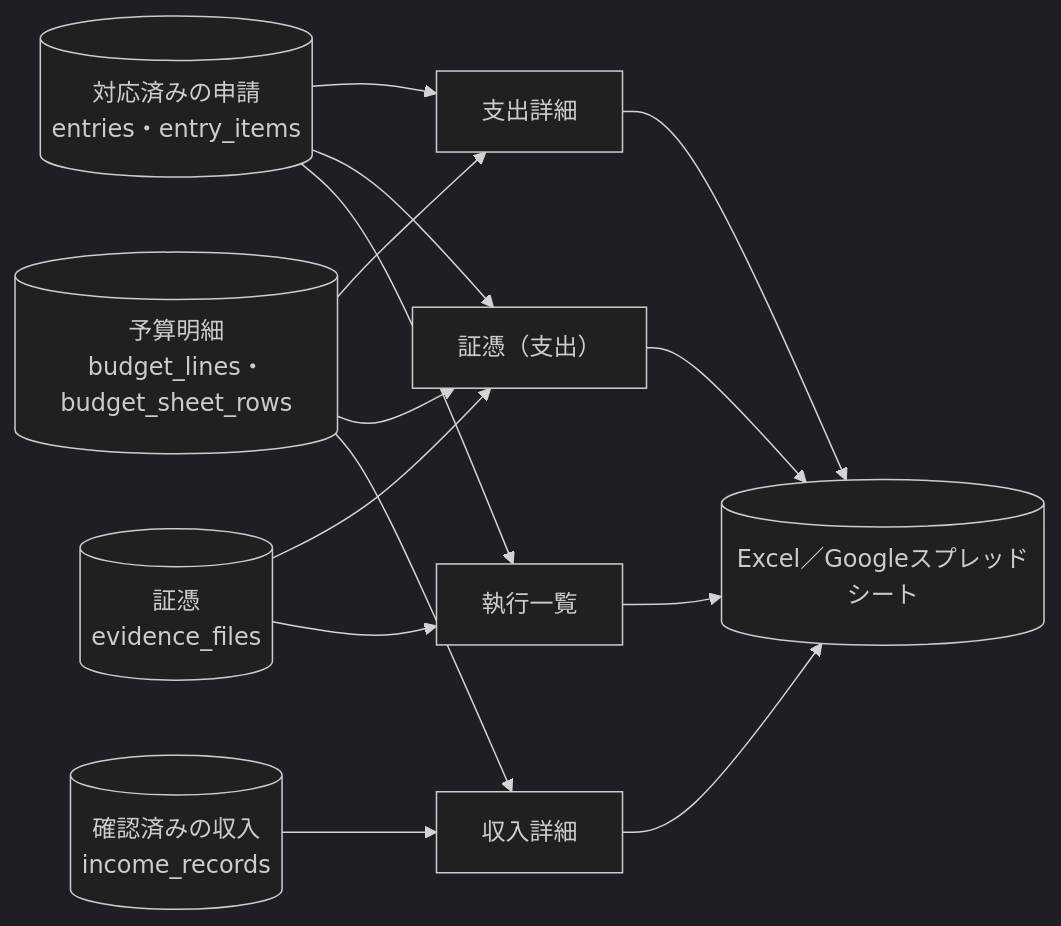
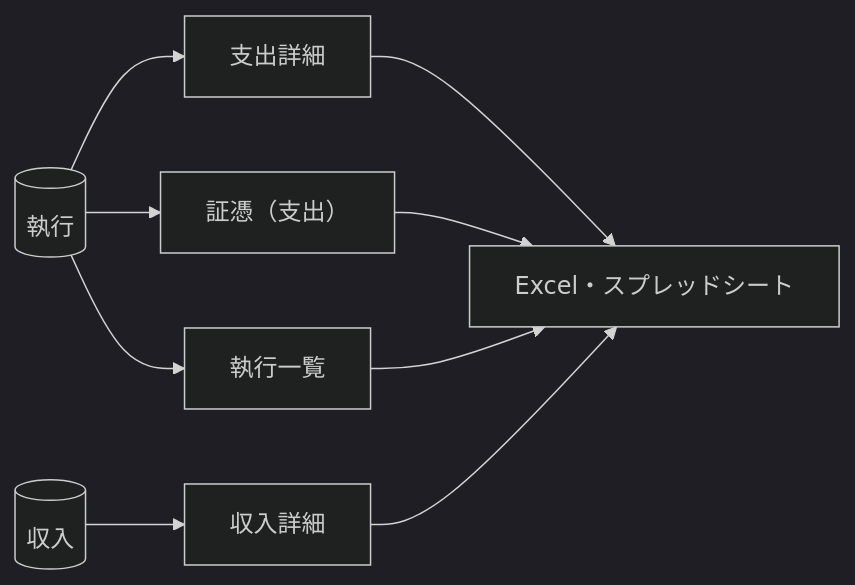
The seventh of 18 diagrams in docs/仕様書.md (Kota-Ohira17/expenditure), drawn with Mermaid (dark theme) before and after one commit. The commit also changed other lines of this file, not shown here.

Commit message:
仕様書のMermaid図を短く描き直す

````diff
--- a/docs/仕様書.md
+++ b/docs/仕様書.md
@@ -839,17 +792,13 @@
 ```mermaid
 flowchart LR
-    entries[("対応済みの申請<br/>entries・entry_items")]
-    evid[("証憑<br/>evidence_files")]
-    incomes[("確認済みの収入<br/>income_records")]
-    lines[("予算明細<br/>budget_lines・budget_sheet_rows")]
-    detail["支出詳細"]
+    exec[(執行)]
+    inc[(収入)]
+    detail[支出詳細]
     proof["証憑（支出）"]
-    list["執行一覧"]
-    incd["収入詳細"]
-    out[("Excel／Googleスプレッドシート")]
-    entries --> detail & proof & list
-    evid --> proof & list
-    lines --> detail & proof & incd
-    incomes --> incd
+    list[執行一覧]
+    incd[収入詳細]
+    out[Excel・スプレッドシート]
+    exec --> detail & proof & list
+    inc --> incd
     detail & proof & list & incd --> out
 ```
````
